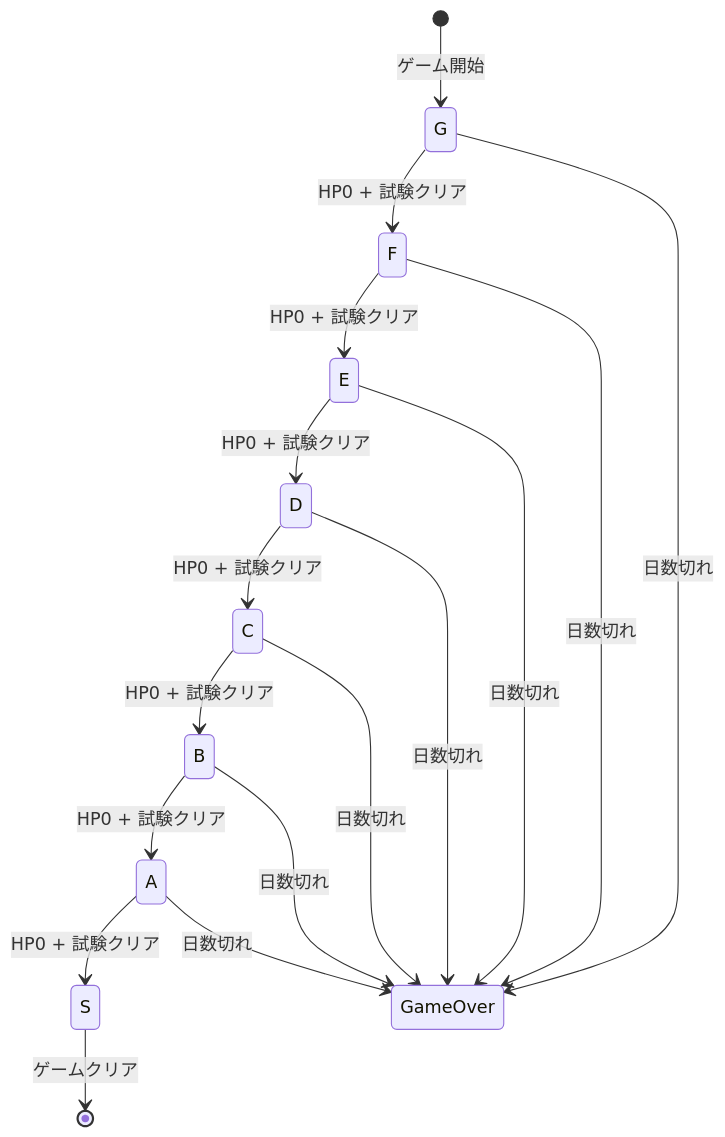
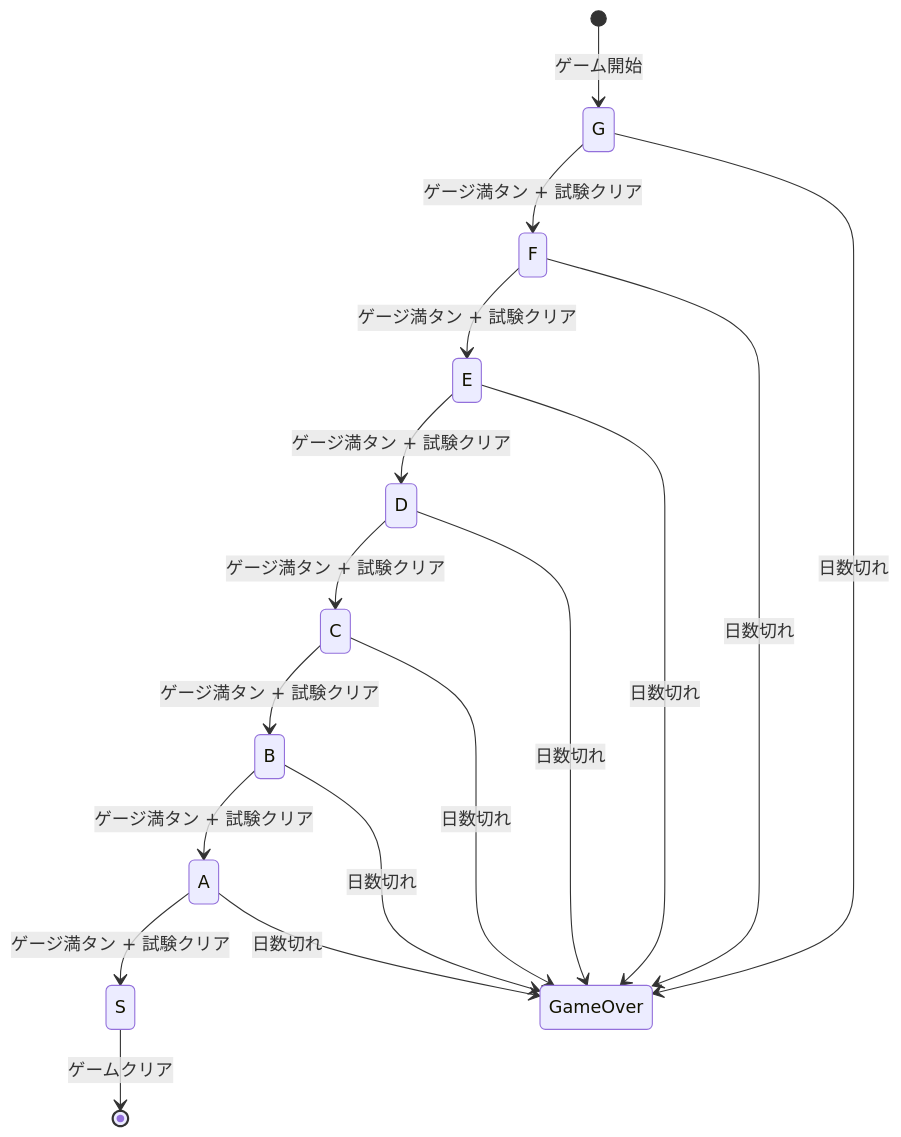
One commit to yaguma/atelier changed the second of 3 diagrams in docs/design/atelier-guild-rank/game-mechanics.md. Above: the diagram before and after it, drawn with Mermaid. The commit also changed other lines of this file and 6 other files, not shown here.

````diff
--- a/docs/design/atelier-guild-rank/game-mechanics.md
+++ b/docs/design/atelier-guild-rank/game-mechanics.md
@@ -178,20 +179,20 @@
 ```mermaid
 stateDiagram-v2
     [*] --> G: ゲーム開始
-    G --> F: HP0 + 試験クリア
-    F --> E: HP0 + 試験クリア
-    E --> D: HP0 + 試験クリア
-    D --> C: HP0 + 試験クリア
-    C --> B: HP0 + 試験クリア
-    B --> A: HP0 + 試験クリア
-    A --> S: HP0 + 試験クリア
+    G --> F: ゲージ満タン + 試験クリア
+    F --> E: ゲージ満タン + 試験クリア
+    E --> D: ゲージ満タン + 試験クリア
+    D --> C: ゲージ満タン + 試験クリア
+    C --> B: ゲージ満タン + 試験クリア
+    B --> A: ゲージ満タン + 試験クリア
+    A --> S: ゲージ満タン + 試験クリア
     S --> [*]: ゲームクリア
 
     G --> GameOver: 日数切れ
     F --> GameOver: 日数切れ
     E --> GameOver: 日数切れ
     D --> GameOver: 日数切れ
     C --> GameOver: 日数切れ
     B --> GameOver: 日数切れ
     A --> GameOver: 日数切れ
 ```
````
